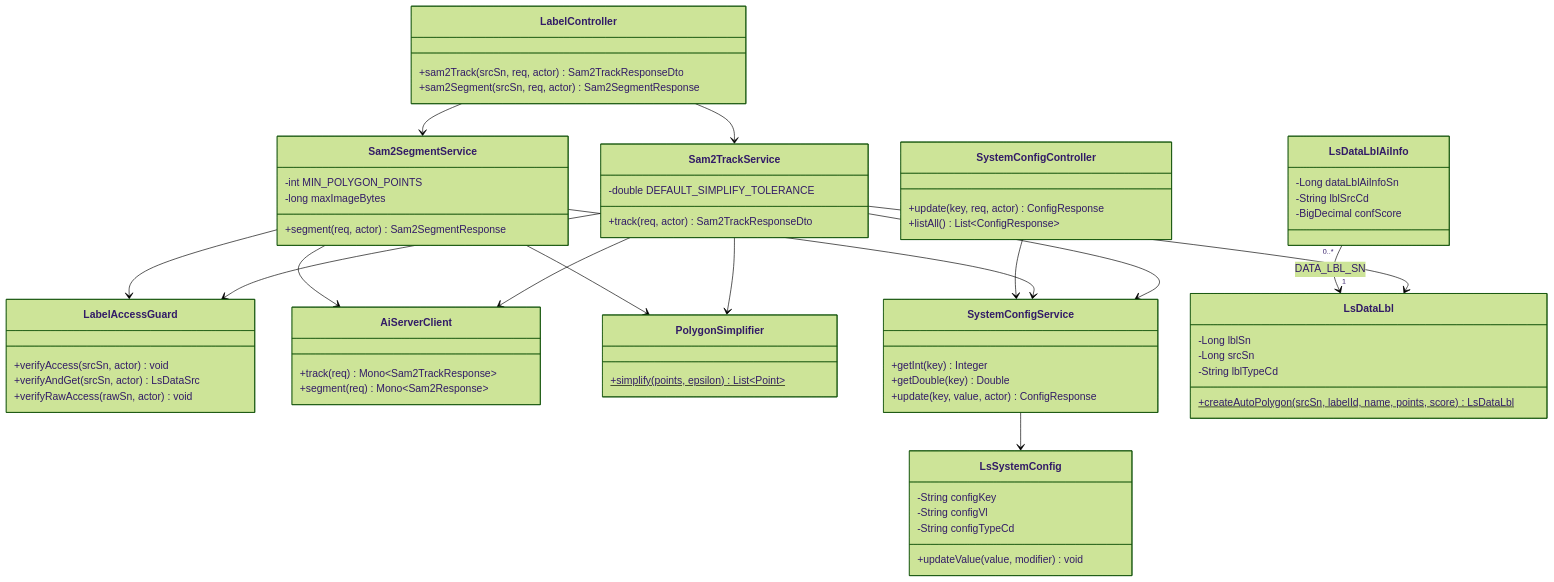
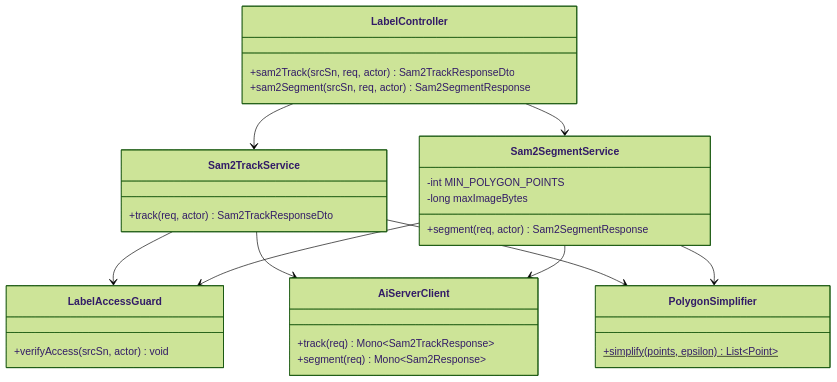
One commit to New-stella/klid-label changed diagram 18 of 26 in docs/design/D1-클래스설계서.md. Above: the diagram before and after it, drawn with Mermaid (forest theme). The commit also changed other lines of this file, not shown here.

````diff
--- a/docs/design/D1-클래스설계서.md
+++ b/docs/design/D1-클래스설계서.md
@@ -848,69 +909,34 @@
 ```mermaid
 classDiagram
     class LabelController {
         +sam2Track(srcSn, req, actor) Sam2TrackResponseDto
         +sam2Segment(srcSn, req, actor) Sam2SegmentResponse
     }
     class Sam2TrackService {
-        -double DEFAULT_SIMPLIFY_TOLERANCE
         +track(req, actor) Sam2TrackResponseDto
     }
     class Sam2SegmentService {
         -int MIN_POLYGON_POINTS
         -long maxImageBytes
         +segment(req, actor) Sam2SegmentResponse
     }
     class LabelAccessGuard {
         +verifyAccess(srcSn, actor) void
-        +verifyAndGet(srcSn, actor) LsDataSrc
-        +verifyRawAccess(rawSn, actor) void
     }
     class AiServerClient {
         +track(req) Mono~Sam2TrackResponse~
         +segment(req) Mono~Sam2Response~
     }
     class PolygonSimplifier {
         +simplify(points, epsilon)$ List~Point~
     }
-    class SystemConfigController {
-        +update(key, req, actor) ConfigResponse
-        +listAll() List~ConfigResponse~
-    }
-    class SystemConfigService {
-        +getInt(key) Integer
-        +getDouble(key) Double
-        +update(key, value, actor) ConfigResponse
-    }
-    class LsSystemConfig {
-        -String configKey
-        -String configVl
-        -String configTypeCd
-        +updateValue(value, modifier) void
-    }
-    class LsDataLbl {
-        -Long lblSn
-        -Long srcSn
-        -String lblTypeCd
-        +createAutoPolygon(srcSn, labelId, name, points, score)$ LsDataLbl
-    }
-    class LsDataLblAiInfo {
-        -Long dataLblAiInfoSn
-        -String lblSrcCd
-        -BigDecimal confScore
-    }
 
     LabelController --> Sam2TrackService
     LabelController --> Sam2SegmentService
     Sam2TrackService --> LabelAccessGuard
     Sam2TrackService --> AiServerClient
     Sam2TrackService --> PolygonSimplifier
-    Sam2TrackService --> SystemConfigService
-    Sam2TrackService --> LsDataLbl
     Sam2SegmentService --> LabelAccessGuard
     Sam2SegmentService --> AiServerClient
     Sam2SegmentService --> PolygonSimplifier
-    Sam2SegmentService --> SystemConfigService
-    SystemConfigController --> SystemConfigService
-    SystemConfigService --> LsSystemConfig
-    LsDataLblAiInfo "0..*" --> "1" LsDataLbl : DATA_LBL_SN
 ```
````
